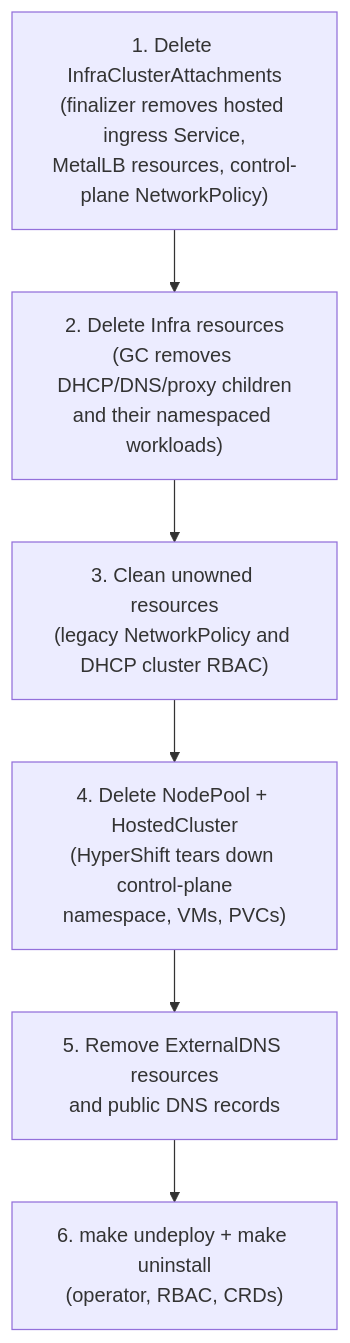
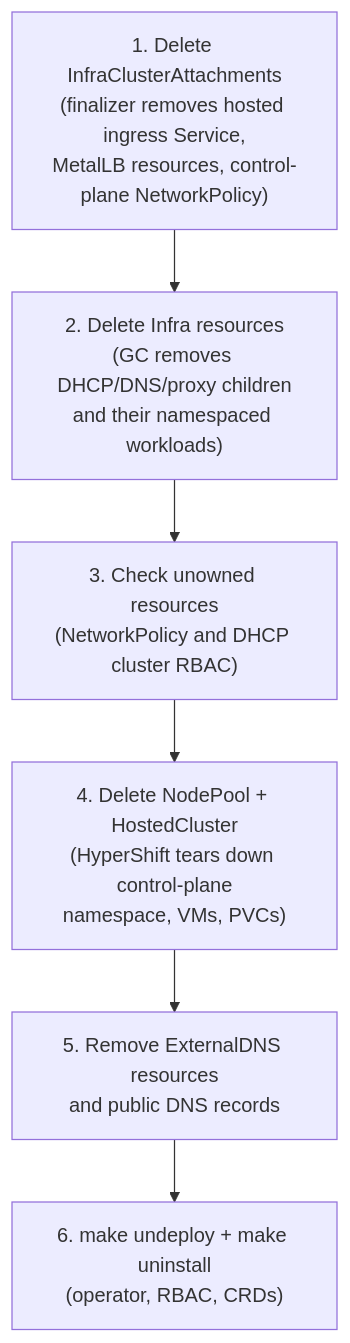
One commit to cldmnky/oooi changed the diagram in website/docs/operations/uninstall.md. Above: the diagram before and after it, drawn with Mermaid. The commit also changed 36 other files, not shown here.

Commit message:
remove legacy Infra cluster bindings

````diff
--- a/website/docs/operations/uninstall.md
+++ b/website/docs/operations/uninstall.md
@@ -9,9 +9,9 @@
 ```mermaid
 flowchart TB
     A["1. Delete InfraClusterAttachments<br/>(finalizer removes hosted ingress Service,<br/>MetalLB resources, control-plane NetworkPolicy)"]
     --> B["2. Delete Infra resources<br/>(GC removes DHCP/DNS/proxy children<br/>and their namespaced workloads)"]
-    --> C["3. Clean unowned resources<br/>(legacy NetworkPolicy and DHCP cluster RBAC)"]
+    --> C["3. Check unowned resources<br/>(NetworkPolicy and DHCP cluster RBAC)"]
     --> D["4. Delete NodePool + HostedCluster<br/>(HyperShift tears down control-plane<br/>namespace, VMs, PVCs)"]
     --> E["5. Remove ExternalDNS resources<br/>and public DNS records"]
     --> F["6. make undeploy + make uninstall<br/>(operator, RBAC, CRDs)"]
 ```
````
